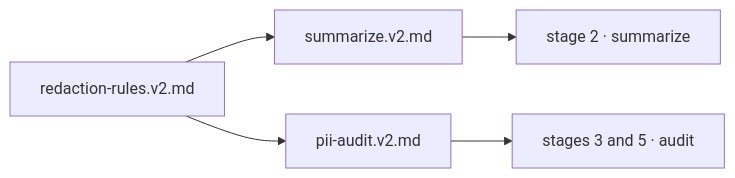
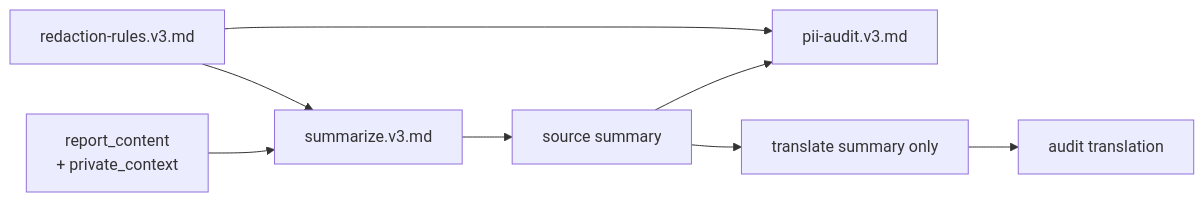
One commit to HPAC-Safety/safety-report changed the diagram in prompts/README.md. Above: the diagram before and after it, drawn with Mermaid. The commit also changed other lines of this file and 117 other files, not shown here.

````diff
--- a/prompts/README.md
+++ b/prompts/README.md
@@ -30,7 +19,10 @@
 ```mermaid
 flowchart LR
-    rr["redaction-rules.v2.md"] --> s["summarize.v2.md"]
-    rr --> a["pii-audit.v2.md"]
-    s --> call1["stage 2 · summarize"]
-    a --> call2["stages 3 and 5 · audit"]
+    rr["redaction-rules.v3.md"] --> s["summarize.v3.md"]
+    rr --> a["pii-audit.v3.md"]
+    input["report_content<br/>+ private_context"] --> s
+    s --> draft["source summary"]
+    draft --> a
+    draft --> translate["translate summary only"]
+    translate --> a2["audit translation"]
 ```
````
